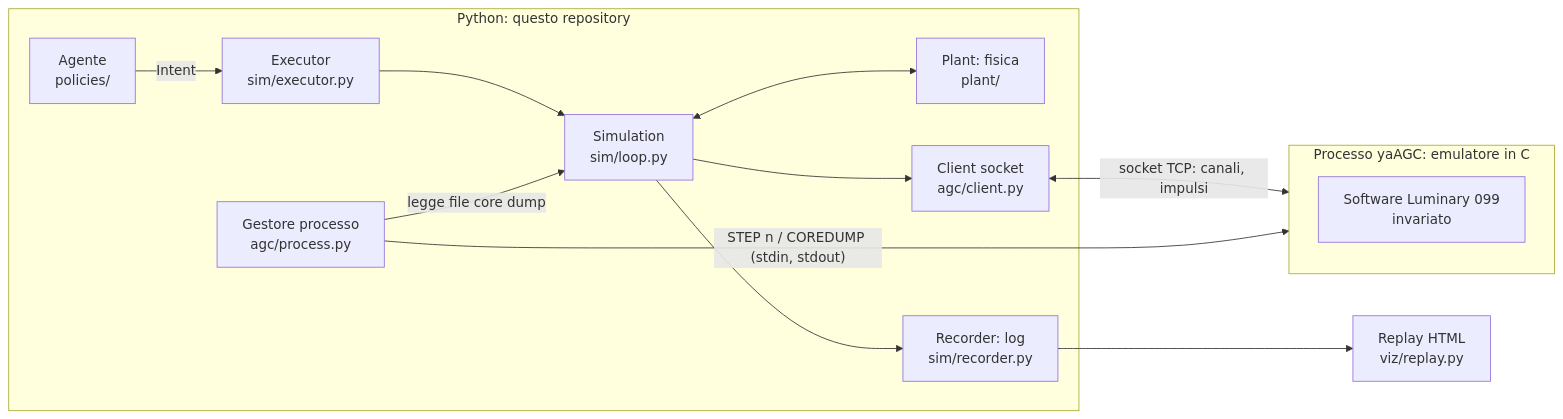
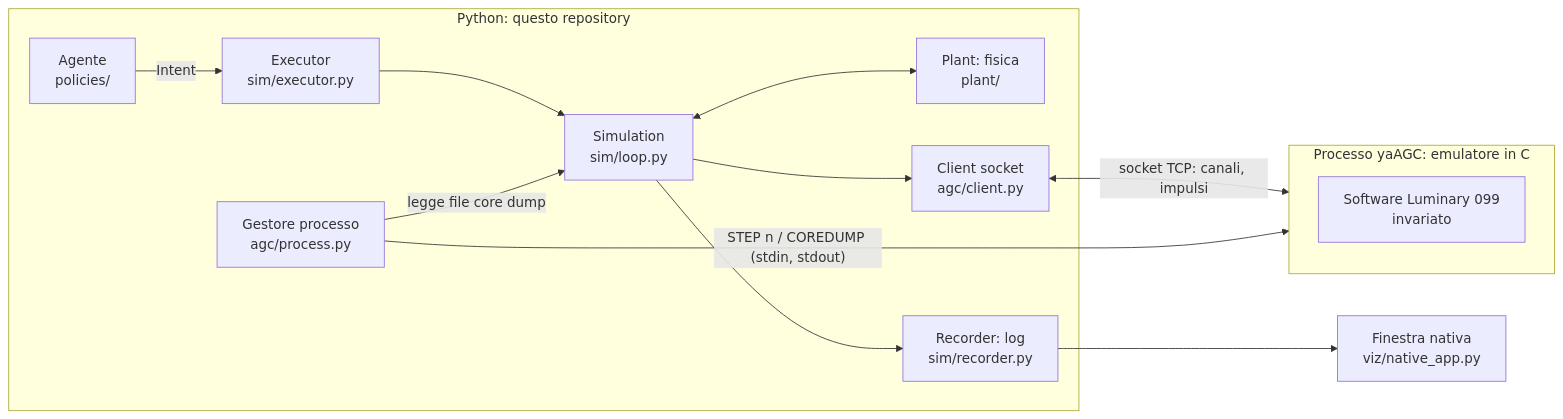
One commit to GiulioRusso/lunar-agent-module changed the first of 7 diagrams in README-simulator.md. Above: the diagram before and after it, drawn with Mermaid. The commit also changed other lines of this file and 63 other files, not shown here.

````diff
--- a/README-simulator.md
+++ b/README-simulator.md
@@ -79,24 +204,24 @@
 ```mermaid
 flowchart LR
     subgraph PY["Python: questo repository"]
         AG["Agente<br/>policies/"]
         EX["Executor<br/>sim/executor.py"]
         SIM["Simulation<br/>sim/loop.py"]
         PL["Plant: fisica<br/>plant/"]
         CL["Client socket<br/>agc/client.py"]
         PR["Gestore processo<br/>agc/process.py"]
         REC["Recorder: log<br/>sim/recorder.py"]
     end
     subgraph EM["Processo yaAGC: emulatore in C"]
         ROPE["Software Luminary 099<br/>invariato"]
     end
     AG -->|"Intent"| EX
     EX --> SIM
     SIM <--> PL
     SIM --> CL
     CL <-->|"socket TCP: canali, impulsi"| EM
     PR -->|"STEP n / COREDUMP (stdin, stdout)"| EM
     PR -->|"legge file core dump"| SIM
     SIM --> REC
-    REC --> HTML["Replay HTML<br/>viz/replay.py"]
+    REC --> WIN["Finestra nativa<br/>viz/native_app.py"]
 ```
````
